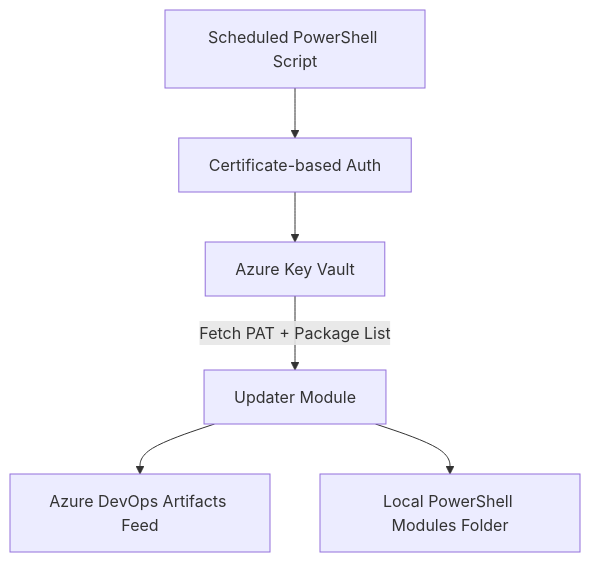
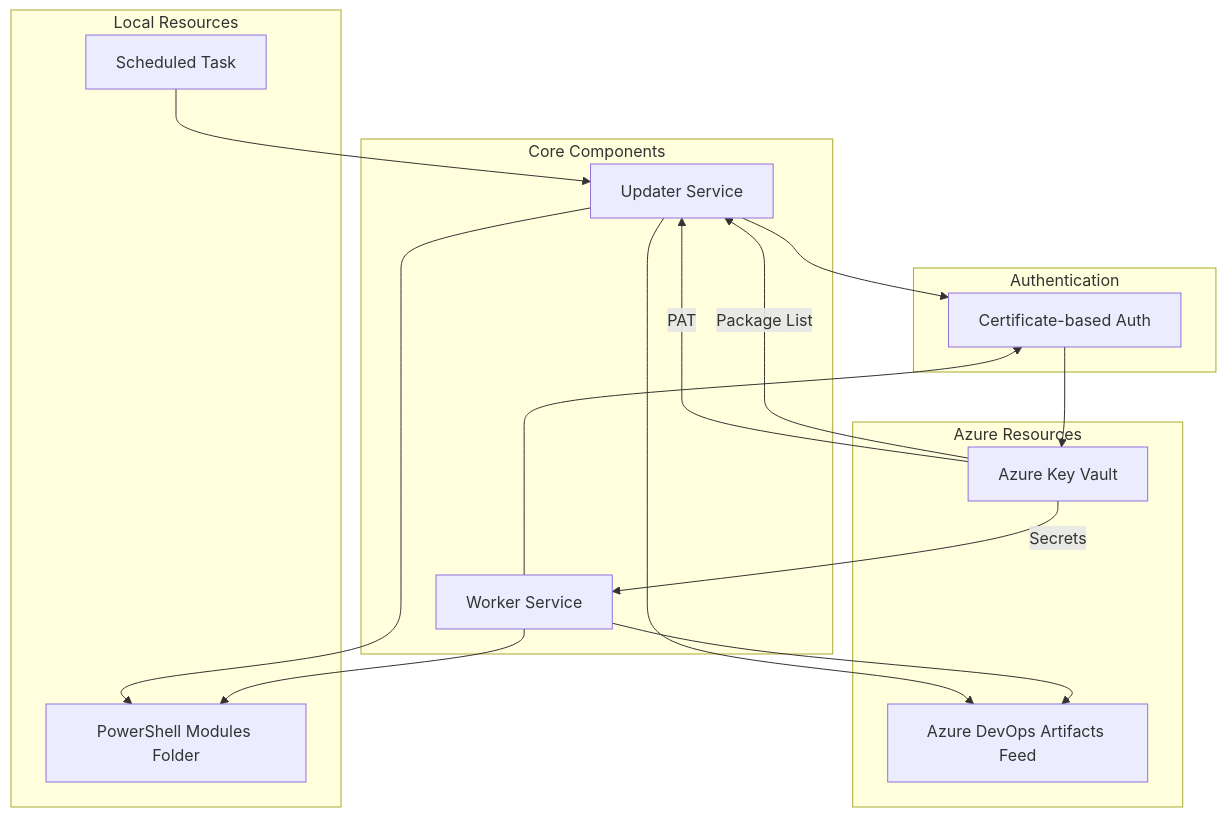
The diagram in ArchitecturePlanned.md (dedbit/OrchestratorPsh), drawn with Mermaid before and after one commit.

Commit message:
refactor(Architecture): 📝 Enhance system architecture diagram by adding detailed components and connections for clarity

````diff
--- a/ArchitecturePlanned.md
+++ b/ArchitecturePlanned.md
@@ -11,9 +11,34 @@
 ```Mermaid
     graph TD
-    A[Scheduled PowerShell Script] --> B[Certificate-based Auth]
-    B --> C[Azure Key Vault]
-    C -->|Fetch PAT + Package List| D[Updater Module]
-    D --> E[Azure DevOps Artifacts Feed]
-    D --> F[Local PowerShell Modules Folder]
+    subgraph "Core Components"
+        U[Updater Service] 
+        W[Worker Service]
+    end
+    
+    subgraph "Authentication"
+        C[Certificate-based Auth]
+    end
+    
+    subgraph "Azure Resources"
+        KV[Azure Key Vault]
+        ADO[Azure DevOps Artifacts Feed]
+    end
+    
+    subgraph "Local Resources"
+        PS[PowerShell Modules Folder]
+        S[Scheduled Task]
+    end
+    
+    S --> U
+    U --> C
+    W --> C
+    C --> KV
+    KV -->|PAT| U
+    KV -->|Package List| U
+    KV -->|Secrets| W
+    U --> ADO
+    U --> PS
+    W --> PS
+    W --> ADO
 
 ```
````
